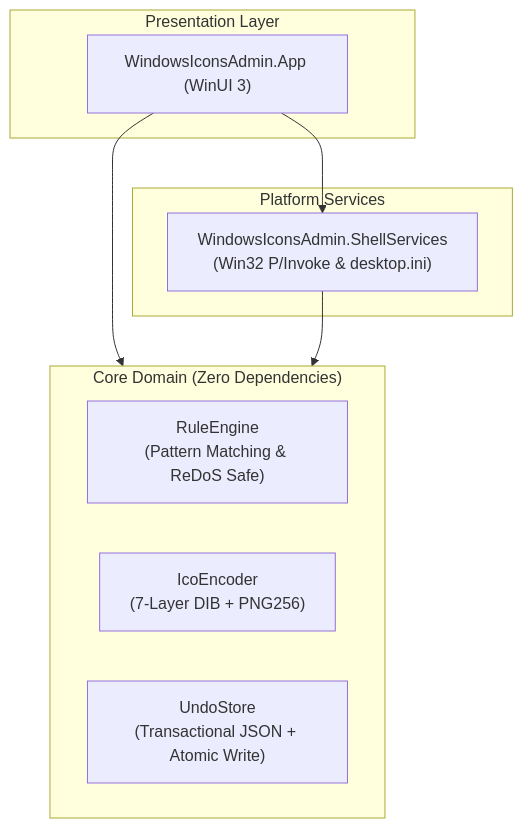
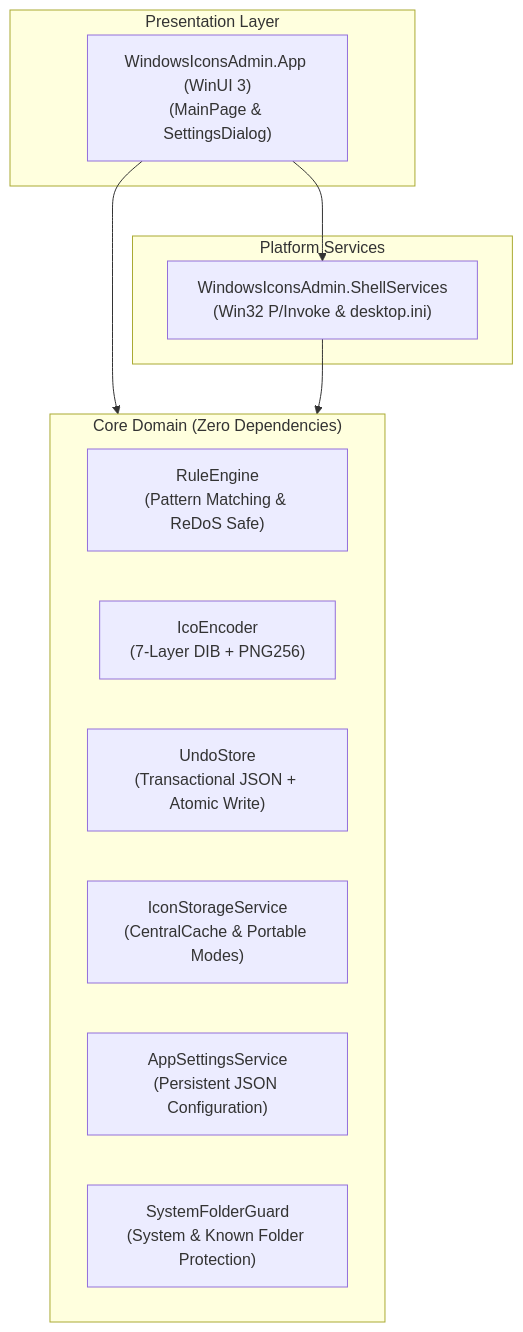
Before and after one commit to AnaCataVC/windows-icons-admin: the diagram in README.md, drawn with Mermaid. The commit also changed other lines of this file and 9 other files, not shown here.

First line of the commit message:
feat(storage): enforce central cache by default and add persistent settings dialog

````diff
--- a/README.md
+++ b/README.md
@@ -35,20 +37,23 @@
 ```mermaid
 flowchart TD
     subgraph UI ["Presentation Layer"]
-        App["WindowsIconsAdmin.App (WinUI 3)"]
+        App["WindowsIconsAdmin.App (WinUI 3)<br/>(MainPage & SettingsDialog)"]
     end
 
     subgraph Shell ["Platform Services"]
         ShellSvc["WindowsIconsAdmin.ShellServices<br/>(Win32 P/Invoke & desktop.ini)"]
     end
 
     subgraph Core ["Core Domain (Zero Dependencies)"]
         Rules["RuleEngine<br/>(Pattern Matching & ReDoS Safe)"]
         Imaging["IcoEncoder<br/>(7-Layer DIB + PNG256)"]
         History["UndoStore<br/>(Transactional JSON + Atomic Write)"]
+        Storage["IconStorageService<br/>(CentralCache & Portable Modes)"]
+        Settings["AppSettingsService<br/>(Persistent JSON Configuration)"]
+        Safety["SystemFolderGuard<br/>(System & Known Folder Protection)"]
     end
 
     App --> ShellSvc
     App --> Core
     ShellSvc --> Core
 ```
````
